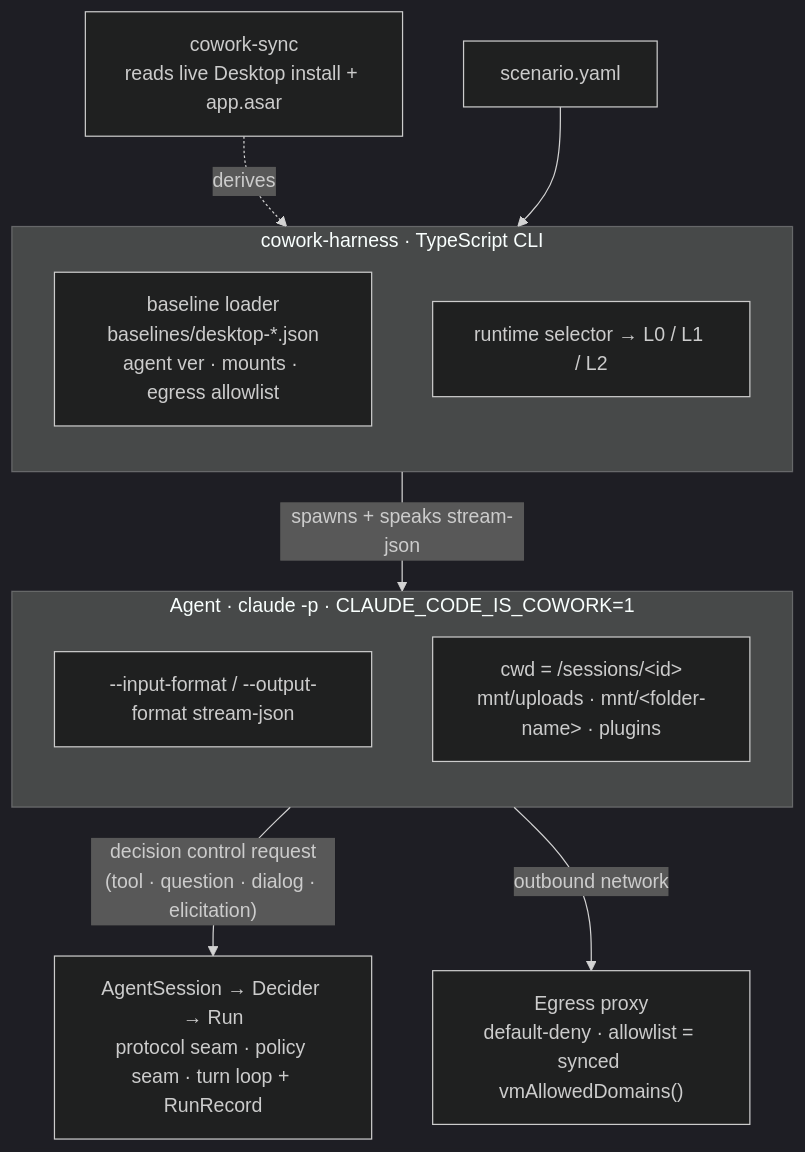
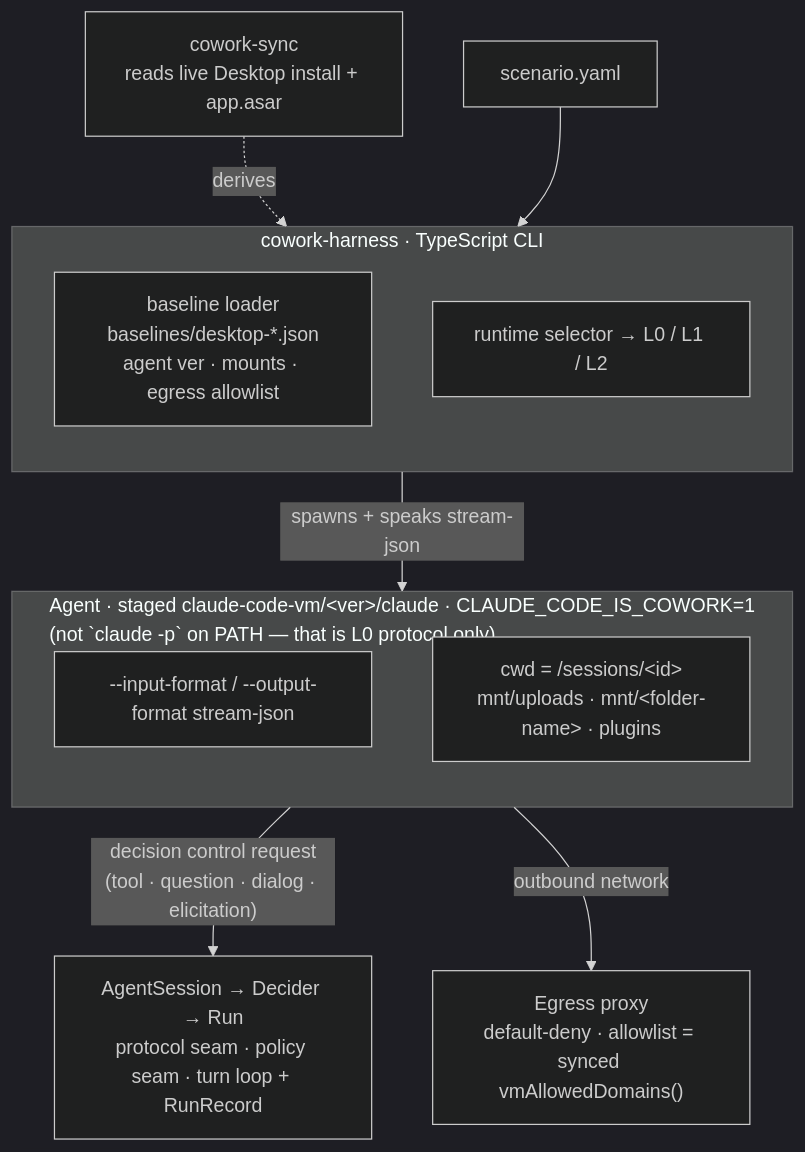
One commit to actions-marketplace-validations/yaniv-golan_cowork-harness changed the diagram in DESIGN.md. Above: the diagram before and after it, drawn with Mermaid (dark theme). The commit also changed other lines of this file, not shown here.

First line of the commit message:
docs: the agent box is the STAGED Cowork binary, not `claude -p`

````diff
--- a/DESIGN.md
+++ b/DESIGN.md
@@ -11,22 +11,22 @@
 ```mermaid
 flowchart TB
     SCN["scenario.yaml"] --> CLI
     SYNC["cowork-sync<br/>reads live Desktop install + app.asar"]
 
     subgraph CLI["cowork-harness · TypeScript CLI"]
         direction TB
         BL["baseline loader<br/>baselines/desktop-*.json<br/>agent ver · mounts · egress allowlist"]
         RS["runtime selector → L0 / L1 / L2"]
     end
     SYNC -.->|derives| BL
 
     CLI -->|"spawns + speaks stream-json"| AGENT
-    subgraph AGENT["Agent · claude -p · CLAUDE_CODE_IS_COWORK=1"]
+    subgraph AGENT["Agent · staged claude-code-vm/&lt;ver&gt;/claude · CLAUDE_CODE_IS_COWORK=1<br/>(not `claude -p` on PATH — that is L0 protocol only)"]
         direction TB
         IO["--input-format / --output-format stream-json"]
         FS["cwd = /sessions/&lt;id&gt;<br/>mnt/uploads · mnt/&lt;folder-name&gt; · plugins"]
     end
 
     AGENT -->|"decision control request<br/>(tool · question · dialog · elicitation)"| DRV["AgentSession → Decider → Run<br/>protocol seam · policy seam · turn loop + RunRecord"]
     AGENT -->|"outbound network"| EG["Egress proxy<br/>default-deny · allowlist = synced vmAllowedDomains()"]
 ```
````
